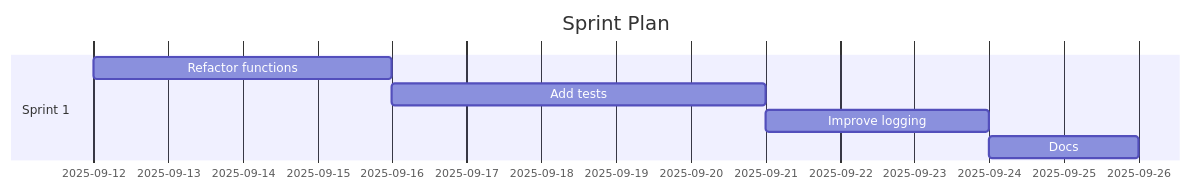
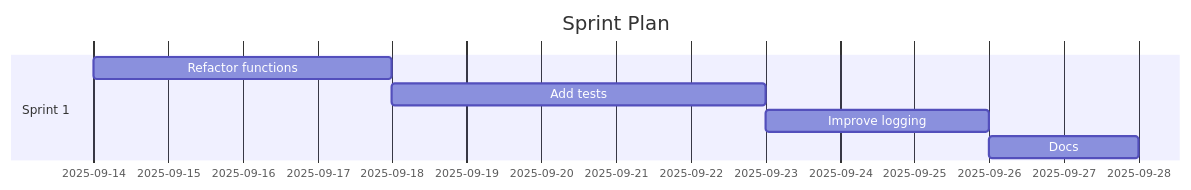
The diagram in demos/demo-code-analysis.sprint.md (Anselmoo/mcp-ai-agent-guidelines), drawn with Mermaid before and after one commit. The commit also changed other lines of this file and 35 other files, not shown here.

````diff
--- a/demos/demo-code-analysis.sprint.md
+++ b/demos/demo-code-analysis.sprint.md
@@ -58,11 +58,11 @@
 ```mermaid
 gantt
 	dateFormat  YYYY-MM-DD
 	title Sprint Plan
 %% Accessibility: Title=Project Sprint Plan; Description=Gantt chart of sprints and tasks over time. %%
   section Sprint 1
-  Refactor functions :s1t0, 2025-09-12, 4d
-  Add tests :s1t1, 2025-09-16, 5d
-  Improve logging :s1t2, 2025-09-21, 3d
-  Docs :s1t3, 2025-09-24, 2d
+  Refactor functions :s1t0, 2025-09-14, 4d
+  Add tests :s1t1, 2025-09-18, 5d
+  Improve logging :s1t2, 2025-09-23, 3d
+  Docs :s1t3, 2025-09-26, 2d
 ```
````
